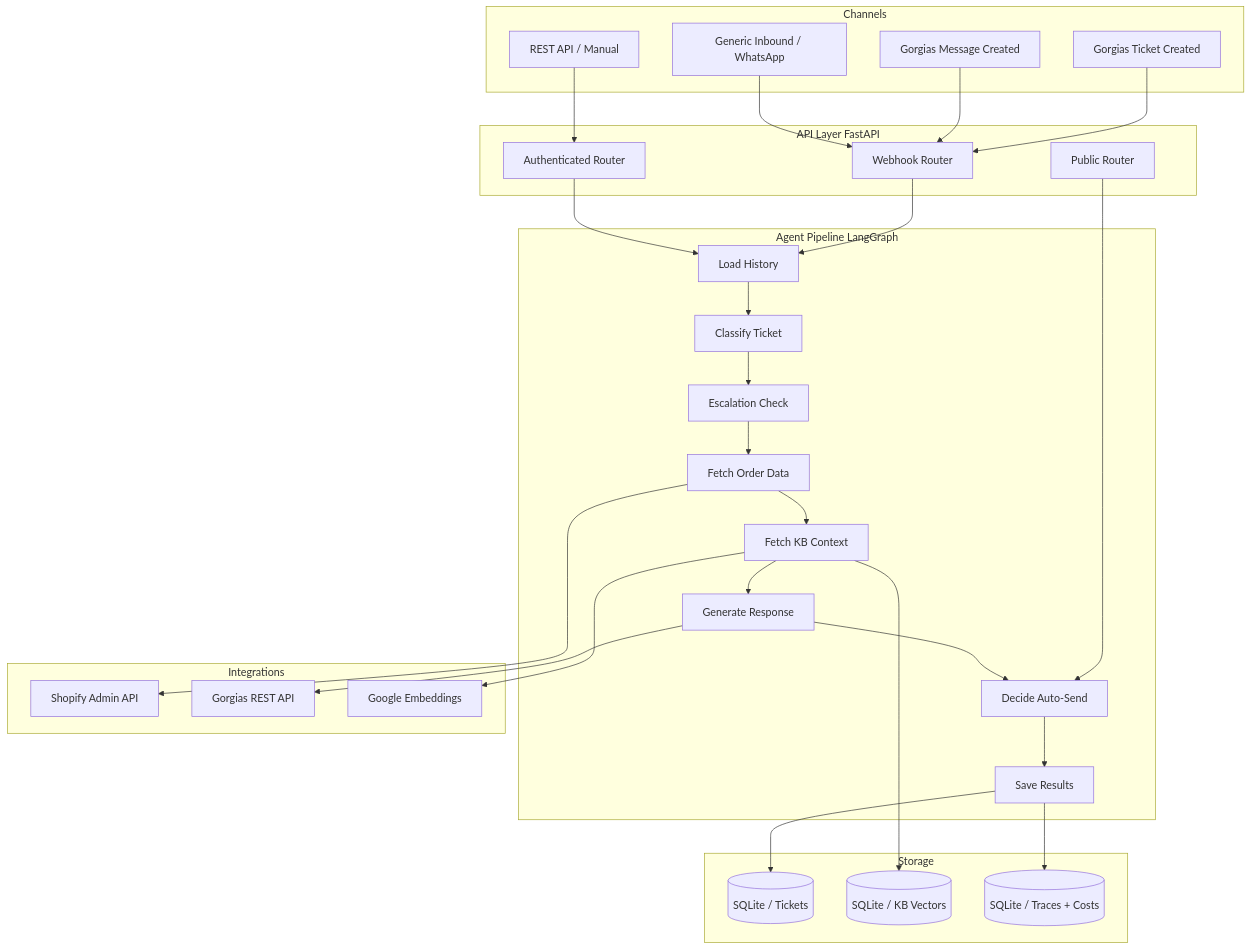
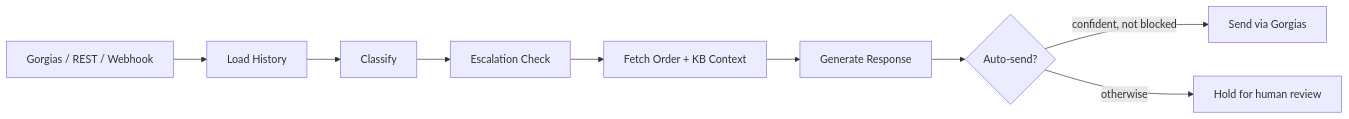
Before and after one commit to Ismail-2001/AI-support-operations-platform-for-Shopify-stores: the diagram in README.md, drawn with Mermaid. The commit also changed other lines of this file, not shown here.

````diff
--- a/README.md
+++ b/README.md
@@ -150,55 +42,11 @@
 ```mermaid
-graph TB
-    subgraph Channels
-        A[Gorgias Ticket Created]
-        B[Gorgias Message Created]
-        C[REST API / Manual]
-        D[Generic Inbound / WhatsApp]
-    end
-
-    subgraph "API Layer FastAPI"
-        E[Webhook Router]
-        F[Authenticated Router]
-        G[Public Router]
-    end
-
-    subgraph "Agent Pipeline LangGraph"
-        H[Load History]
-        I[Classify Ticket]
-        J[Escalation Check]
-        K[Fetch Order Data]
-        L[Fetch KB Context]
-        M[Generate Response]
-        N[Decide Auto-Send]
-        O[Save Results]
-    end
-
-    subgraph Integrations
-        P[Shopify Admin API]
-        Q[Gorgias REST API]
-        R[Google Embeddings]
-    end
-
-    subgraph Storage
-        S[(SQLite / Tickets)]
-        T[(SQLite / KB Vectors)]
-        U[(SQLite / Traces + Costs)]
-    end
-
-    A --> E
-    B --> E
-    C --> F
-    D --> E
-    E --> H
-    F --> H
-    G --> N
-
-    H --> I --> J --> K --> L --> M --> N --> O
-
-    K --> P
-    M --> Q
-    L --> R
-    O --> S
-    O --> U
-    L --> T
+graph LR
+    A[Gorgias / REST / Webhook] --> B[Load History]
+    B --> C[Classify]
+    C --> D[Escalation Check]
+    D --> E[Fetch Order + KB Context]
+    E --> F[Generate Response]
+    F --> G{Auto-send?}
+    G -->|confident, not blocked| H[Send via Gorgias]
+    G -->|otherwise| I[Hold for human review]
 ```
````
